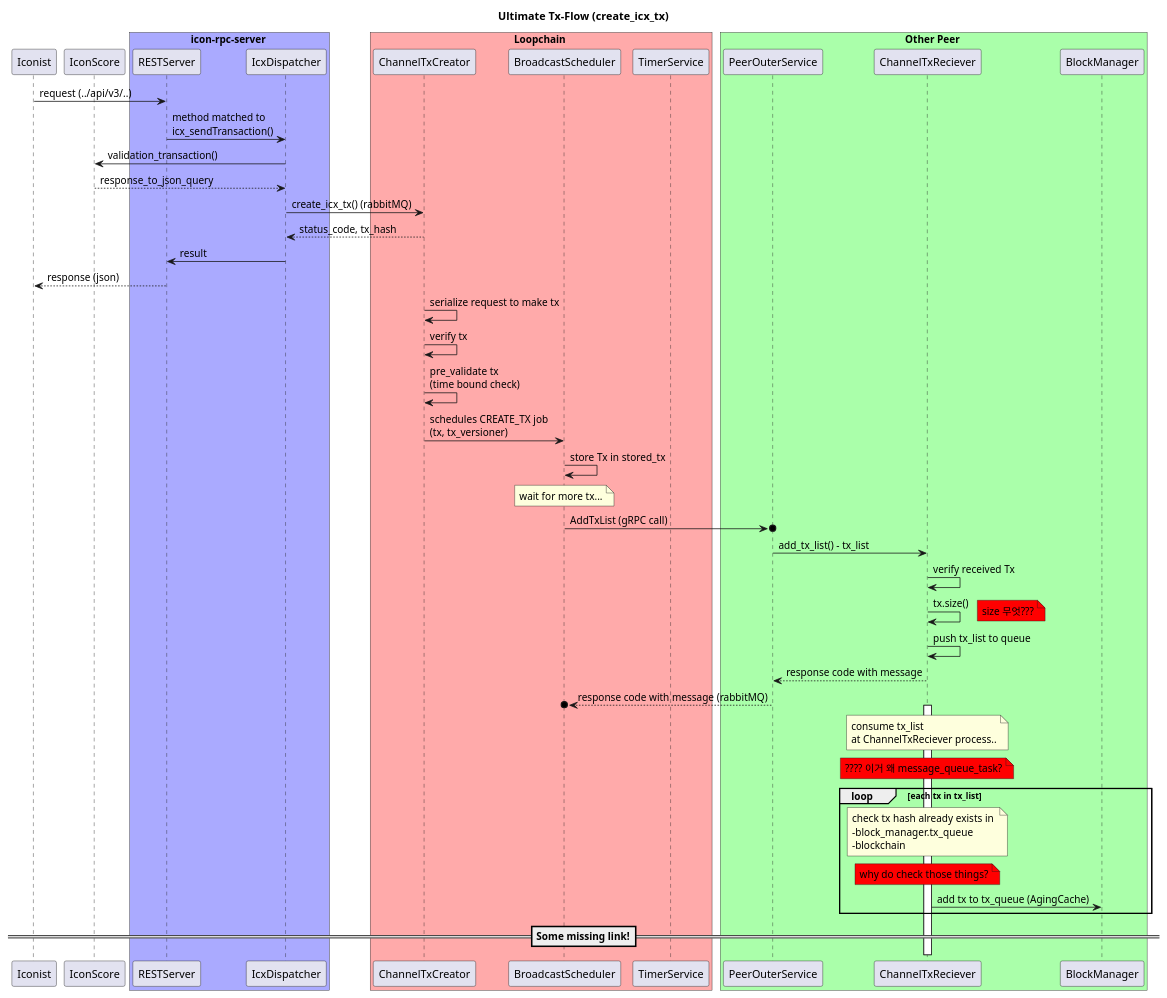
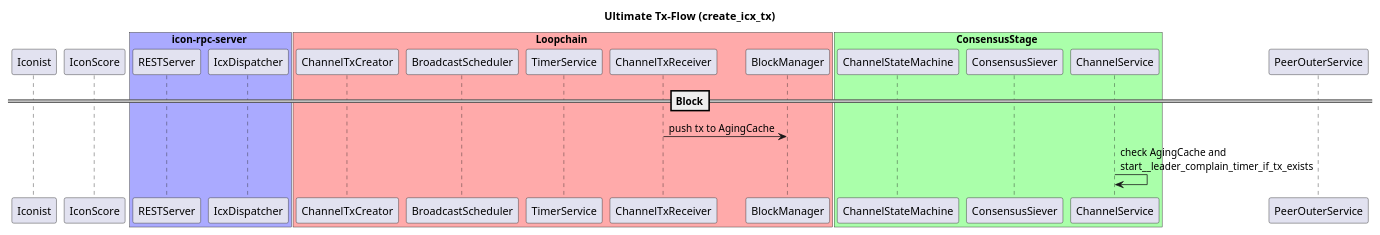
One commit to metalg0su/studies changed the diagram in diagrams/tx-flow/tx_flow_icx_tx.puml. Above: the diagram before and after it, drawn with PlantUML. The commit also changed 16 other files, not shown here.

```diff
--- a/diagrams/tx-flow/tx_flow_icx_tx.puml
+++ b/diagrams/tx-flow/tx_flow_icx_tx.puml
@@ -1,82 +1,92 @@
 @startuml
 
 title Ultimate Tx-Flow (create_icx_tx)
 
 ' === Define participants
 participant Iconist as user
 participant IconScore as score
 
 box icon-rpc-server #AAAAFF
     participant RESTServer as rest
     participant IcxDispatcher as dispatcher
 end box
 
 box Loopchain #FFAAAA
     participant ChannelTxCreator as tx_creator
     participant BroadcastScheduler as broadcaster
     participant TimerService as timer
-end box
-
-box Other Peer #AAFFAA
-    participant PeerOuterService as peer_outer
-    participant ChannelTxReciever as tx_receiver
+    participant ChannelTxReceiver as tx_receiver
     participant BlockManager as block_manager
 end box
 
+box ConsensusStage #AAFFAA
+    participant ChannelStateMachine as fsm
+    participant ConsensusSiever as siever
+    participant ChannelService as channel_service
+end box
+
+participant PeerOuterService as peer_outer
 
 ' === Relations
 ' --- Request to icon-rpc-server
-user -> rest: request (../api/v3/..)
+'user -> rest: request (../api/v3/..)
+'
+'rest -> dispatcher: method matched to \nicx_sendTransaction()
+'dispatcher -> score: validation_transaction()
+'score --> dispatcher: response_to_json_query
+'
+'dispatcher -> tx_creator: create_icx_tx() (rabbitMQ)
+'' --- loopchain
+'' Verify Tx
+'tx_creator -> tx_creator: serialize request to make tx
+'tx_creator -> tx_creator: **verify tx (1)**
+'tx_creator -> tx_creator: pre_validate tx \n(time bound check)
+'
+'' BroadcastScheduler
+'tx_creator -> broadcaster: schedules CREATE_TX job \n(tx, tx_versioner)
+'' --- loopchain end
+'tx_creator --> dispatcher: status_code, tx_hash
+'dispatcher -> rest: result
+'user <-- rest: response (json)
+'
+'' --- loopchain
+'' BroadcastScheduler
+'broadcaster -> broadcaster: store Tx in stored_tx
+'' Add timer to timer service and wait...
+'note over broadcaster: wait for more tx...
+'broadcaster ->o peer_outer: AddTxList (gRPC call)
+'note right: Broadcast to Other Peers (include self)
+'activate peer_outer
+'
+'' --- Another Peer
+'peer_outer -> tx_receiver: add_tx_list() - tx_list
+'activate tx_receiver
+'tx_receiver -> tx_receiver: **verify received Tx(2)**
+'tx_receiver -> tx_receiver: tx.size()
+'note right #red: size 무엇???
+'
+'tx_receiver -> tx_receiver: push tx_list to tx_queue
+'tx_receiver --> peer_outer: response code with message
+'deactivate tx_receiver
+'note right: Response to Original Broadcaster
+'peer_outer -->o broadcaster: response code with message (rabbitMQ)
+'deactivate peer_outer
 
-rest -> dispatcher: method matched to \nicx_sendTransaction()
-dispatcher -> score: validation_transaction()
-score --> dispatcher: response_to_json_query
+==Block==
+tx_receiver -> block_manager: push tx to AgingCache
+'tx_receiver -> timer: start_leader_complain_timer_if_tx_exists
+'siever -> channel_service : turn_on_leader_complain_timer
+'note right: [useless] State of Leader: BlockGenerate
+channel_service -> channel_service : check AgingCache and \nstart__leader_complain_timer_if_tx_exists
 
-dispatcher -> tx_creator: create_icx_tx() (rabbitMQ)
-tx_creator --> dispatcher: status_code, tx_hash
-dispatcher -> rest: result
-
-user <-- rest: response (json)
-
-' --- loopchain
-' Verify Tx
-tx_creator -> tx_creator: serialize request to make tx
-tx_creator -> tx_creator: verify tx
-tx_creator -> tx_creator: pre_validate tx \n(time bound check)
-
-' BroadcastScheduler
-tx_creator -> broadcaster: schedules CREATE_TX job \n(tx, tx_versioner)
-broadcaster -> broadcaster: store Tx in stored_tx
-' Add timer to timer service and wait...
-note over broadcaster: wait for more tx...
-broadcaster ->o peer_outer: AddTxList (gRPC call)
-
-' --- Another Peer
-peer_outer -> tx_receiver: add_tx_list() - tx_list
-tx_receiver -> tx_receiver: verify received Tx
-tx_receiver -> tx_receiver: tx.size()
-note right #red: size 무엇???
-
-tx_receiver -> tx_receiver: push tx_list to queue
-tx_receiver --> peer_outer: response code with message
-peer_outer -->o broadcaster: response code with message (rabbitMQ)
-note over tx_receiver: consume tx_list \nat ChannelTxReciever process..
-note over tx_receiver #red: ???? 이거 왜 message_queue_task?
-activate tx_receiver
-
-loop each tx in tx_list
-    note over tx_receiver: check tx hash already exists in \n-block_manager.tx_queue \n-blockchain
-    note over tx_receiver #red: why do check those things?
-    tx_receiver -> block_manager: add tx to tx_queue (AgingCache)
-end
-
-==Some missing link!==
-
+' ============= Comments =============
+'verify below
+' - pre_verify: invalid nid
 
 
 ' ============= Comments =============
 'verify below
 ' - pre_verify: invalid nid
 ' - verify: verify_loosely
 ' - verify_loosely: hash, signature, is_unique_hash
 @enduml
```
